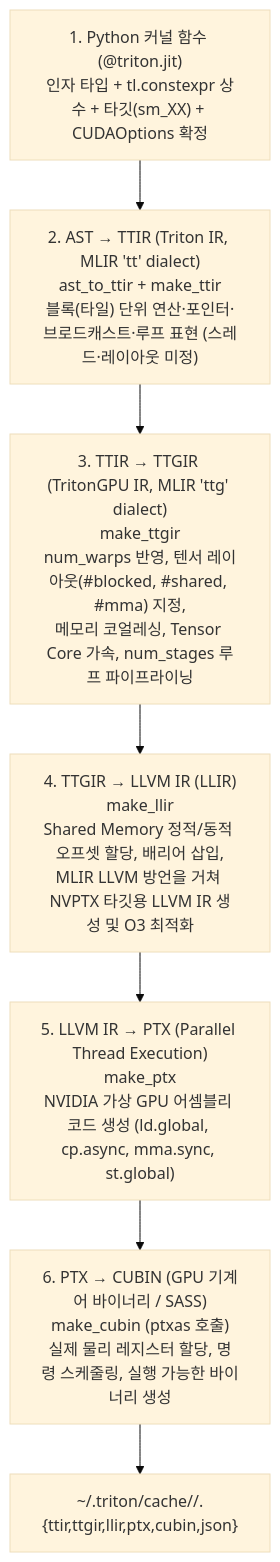
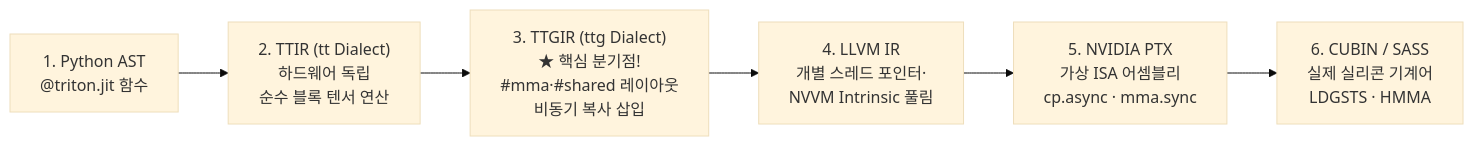
One commit to legato-user-group/tensor2silicon-lab changed the diagram in docs/ch06/guide.md. Above: the diagram before and after it, drawn with Mermaid (base theme). The commit also changed other lines of this file and 23 other files, not shown here.

````diff
--- a/docs/ch06/guide.md
+++ b/docs/ch06/guide.md
@@ -354,13 +115,8 @@
 ```mermaid
-flowchart TB
-    PY["1. Python 커널 함수 (@triton.jit)<br/>인자 타입 + tl.constexpr 상수 + 타깃(sm_XX) + CUDAOptions 확정"]
-    AST["2. AST → TTIR (Triton IR, MLIR 'tt' dialect)<br/>ast_to_ttir + make_ttir<br/>블록(타일) 단위 연산·포인터·브로드캐스트·루프 표현 (스레드·레이아웃 미정)"]
-    TTG["3. TTIR → TTGIR (TritonGPU IR, MLIR 'ttg' dialect)<br/>make_ttgir<br/>num_warps 반영, 텐서 레이아웃(#blocked, #shared, #mma) 지정,<br/>메모리 코얼레싱, Tensor Core 가속, num_stages 루프 파이프라이닝"]
-    LL["4. TTGIR → LLVM IR (LLIR)<br/>make_llir<br/>Shared Memory 정적/동적 오프셋 할당, 배리어 삽입,<br/>MLIR LLVM 방언을 거쳐 NVPTX 타깃용 LLVM IR 생성 및 O3 최적화"]
-    PTX["5. LLVM IR → PTX (Parallel Thread Execution)<br/>make_ptx<br/>NVIDIA 가상 GPU 어셈블리 코드 생성 (ld.global, cp.async, mma.sync, st.global)"]
-    CUBIN["6. PTX → CUBIN (GPU 기계어 바이너리 / SASS)<br/>make_cubin (ptxas 호출)<br/>실제 물리 레지스터 할당, 명령 스케줄링, 실행 가능한 바이너리 생성"]
-    CACHE["~/.triton/cache/<hash>/<kernel>.{ttir,ttgir,llir,ptx,cubin,json}"]
-
-    PY --> AST --> TTG --> LL --> PTX --> CUBIN
-    CUBIN --> CACHE
+flowchart LR
+    S1["1. Python AST<br/>@triton.jit 함수"] --> S2["2. TTIR (tt Dialect)<br/>하드웨어 독립<br/>순수 블록 텐서 연산"]
+    S2 --> S3["3. TTGIR (ttg Dialect)<br/>★ 핵심 분기점!<br/>#mma·#shared 레이아웃<br/>비동기 복사 삽입"]
+    S3 --> S4["4. LLVM IR<br/>개별 스레드 포인터·<br/>NVVM Intrinsic 풀림"]
+    S4 --> S5["5. NVIDIA PTX<br/>가상 ISA 어셈블리<br/>cp.async · mma.sync"]
+    S5 --> S6["6. CUBIN / SASS<br/>실제 실리콘 기계어<br/>LDGSTS · HMMA"]
 ```
````
